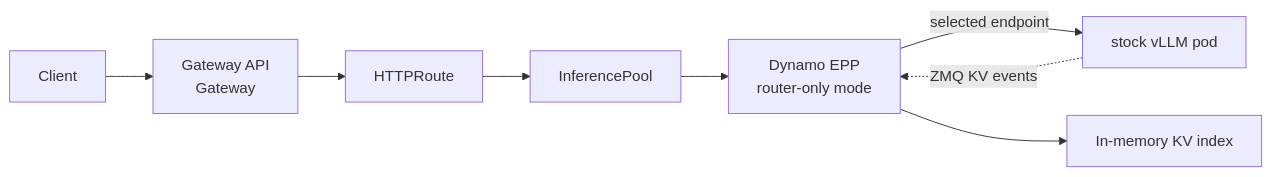
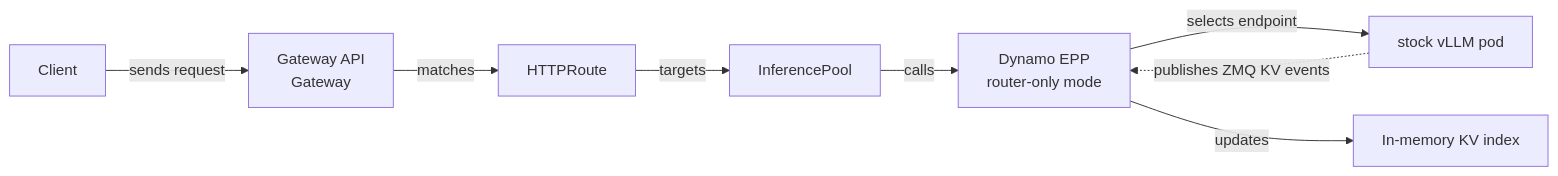
The second of 3 diagrams in docs/kubernetes/gateway-api/README.mdx (Nicoh25/dynamo), drawn with Mermaid before and after one commit. The commit also changed other lines of this file, not shown here.

Commit message:
fixup! docs/kubernetes: compare GAIE routing paths

````diff
--- a/docs/kubernetes/gateway-api/README.mdx
+++ b/docs/kubernetes/gateway-api/README.mdx
@@ -95,10 +95,10 @@
 ```mermaid
 flowchart LR
-    Client["Client"] --> Gateway["Gateway API<br/>Gateway"]
-    Gateway --> Route["HTTPRoute"]
-    Route --> Pool["InferencePool"]
-    Pool --> EPP["Dynamo EPP<br/>router-only mode"]
-    EPP -->|"selected endpoint"| VLLM["stock vLLM pod"]
-    VLLM -. "ZMQ KV events" .-> EPP
-    EPP --> Index["In-memory KV index"]
+    Client["Client"] -->|"sends request"| Gateway["Gateway API<br/>Gateway"]
+    Gateway -->|"matches"| Route["HTTPRoute"]
+    Route -->|"targets"| Pool["InferencePool"]
+    Pool -->|"calls"| EPP["Dynamo EPP<br/>router-only mode"]
+    EPP -->|"selects endpoint"| VLLM["stock vLLM pod"]
+    VLLM -. "publishes ZMQ KV events" .-> EPP
+    EPP -->|"updates"| Index["In-memory KV index"]
 ```
````
